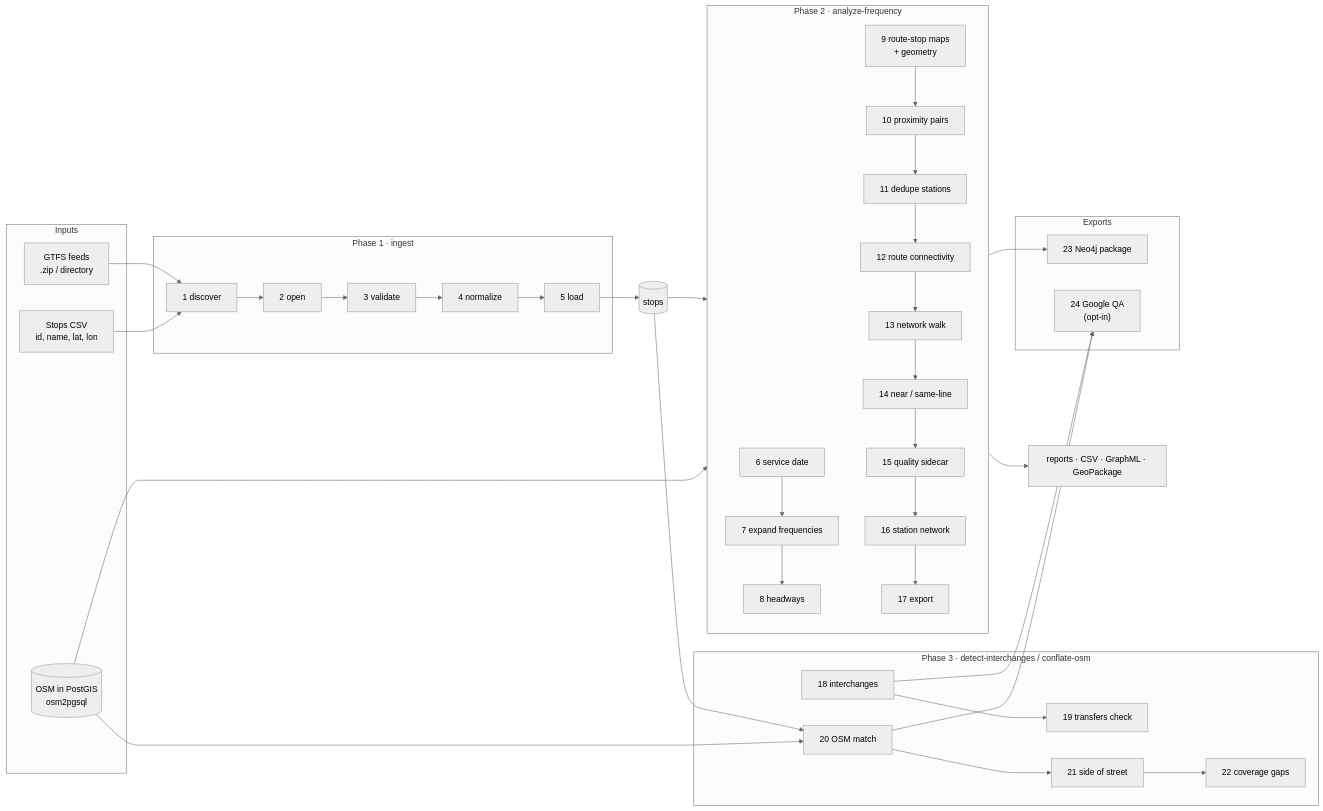
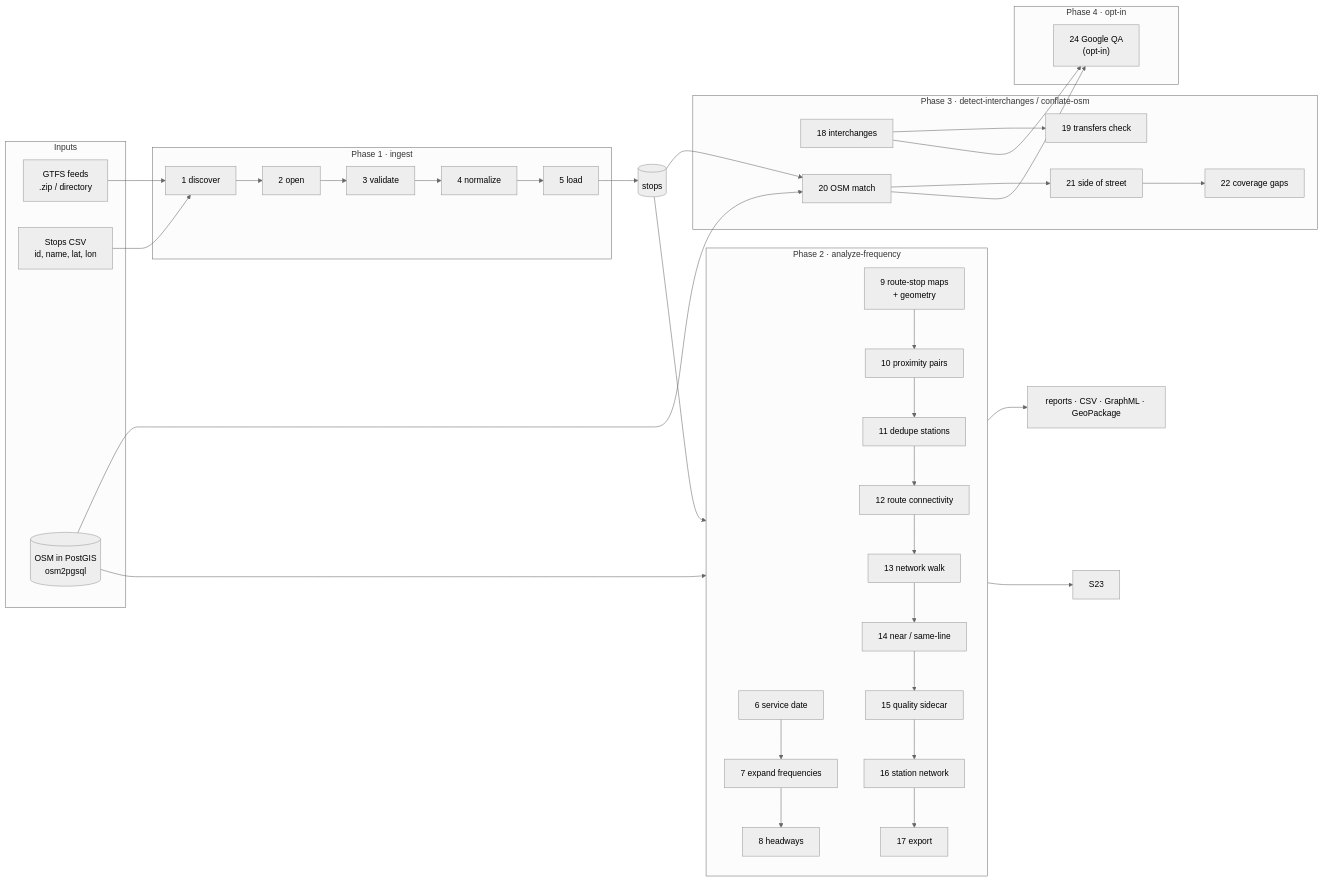
The first of 16 diagrams in docs/guide/pipeline-guide.md (Pandap845/GeoApp), drawn with Mermaid (neutral theme) before and after one commit. The commit also changed other lines of this file and 24 other files, not shown here.

````diff
--- a/docs/guide/pipeline-guide.md
+++ b/docs/guide/pipeline-guide.md
@@ -39,43 +39,42 @@
 ```mermaid
 flowchart LR
     subgraph IN["Inputs"]
         GTFS["GTFS feeds<br/>.zip / directory"]
         CSV["Stops CSV<br/>id, name, lat, lon"]
         OSM[("OSM in PostGIS<br/>osm2pgsql")]
     end
 
     subgraph P1["Phase 1 · ingest"]
         S1["1 discover"] --> S2["2 open"] --> S3["3 validate"] --> S4["4 normalize"] --> S5["5 load"]
     end
 
     subgraph P2["Phase 2 · analyze-frequency"]
         direction TB
         S6["6 service date"] --> S7["7 expand frequencies"] --> S8["8 headways"]
         S9["9 route-stop maps<br/>+ geometry"] --> S10["10 proximity pairs"]
         S10 --> S11["11 dedupe stations"] --> S12["12 route connectivity"]
         S12 --> S13["13 network walk"] --> S14["14 near / same-line"]
         S14 --> S15["15 quality sidecar"] --> S16["16 station network"] --> S17["17 export"]
     end
 
     subgraph P3["Phase 3 · detect-interchanges / conflate-osm"]
         S18["18 interchanges"] --> S19["19 transfers check"]
         S20["20 OSM match"] --> S21["21 side of street"] --> S22["22 coverage gaps"]
     end
 
-    subgraph P4["Exports"]
-        S23["23 Neo4j package"]
+    subgraph P4["Phase 4 · opt-in"]
         S24["24 Google QA<br/>(opt-in)"]
     end
 
     GTFS --> S1
     CSV --> S1
     S5 --> STOPS[("stops")]
     STOPS --> S10
     STOPS --> S20
     OSM --> S13
     OSM --> S20
     S17 --> FILES["reports · CSV · GraphML · GeoPackage"]
     S17 --> S23
     S18 --> S24
     S20 --> S24
 ```
````
